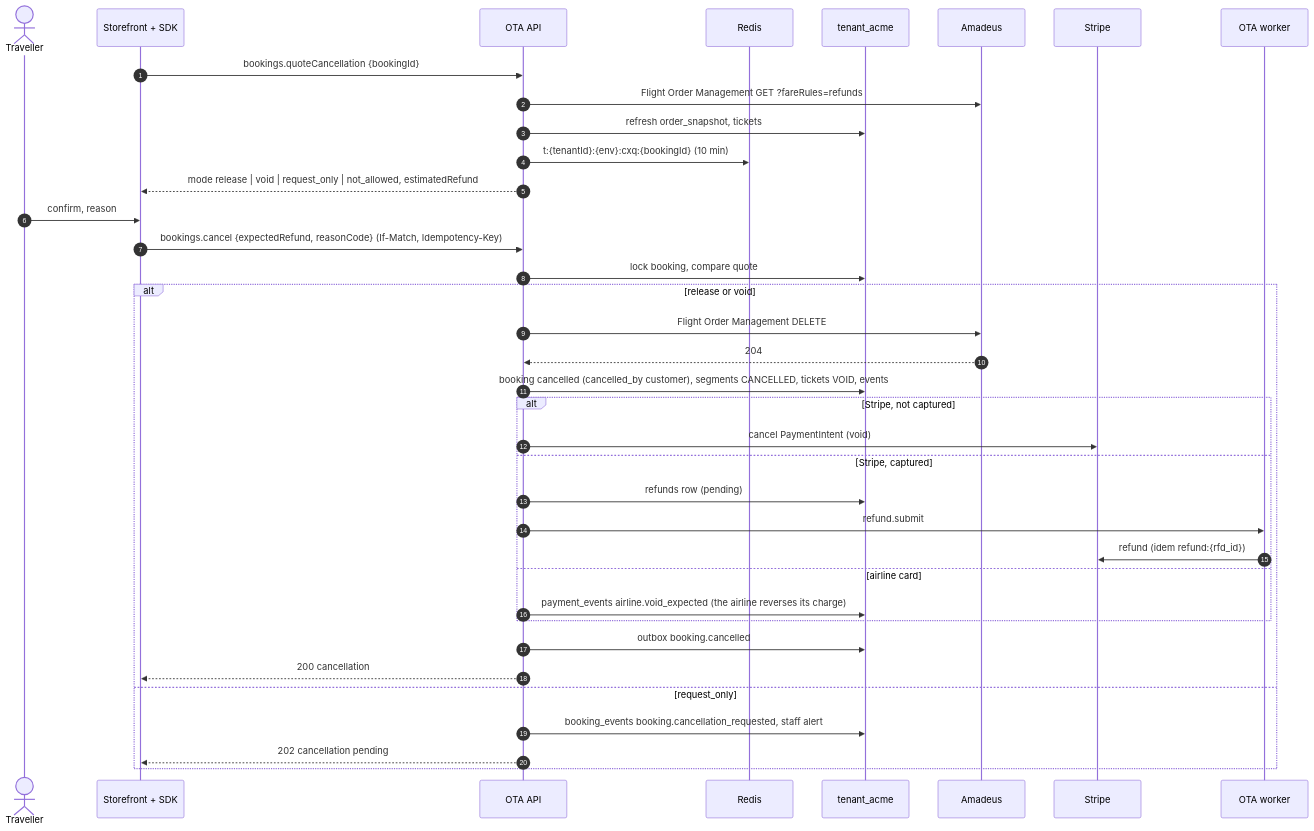
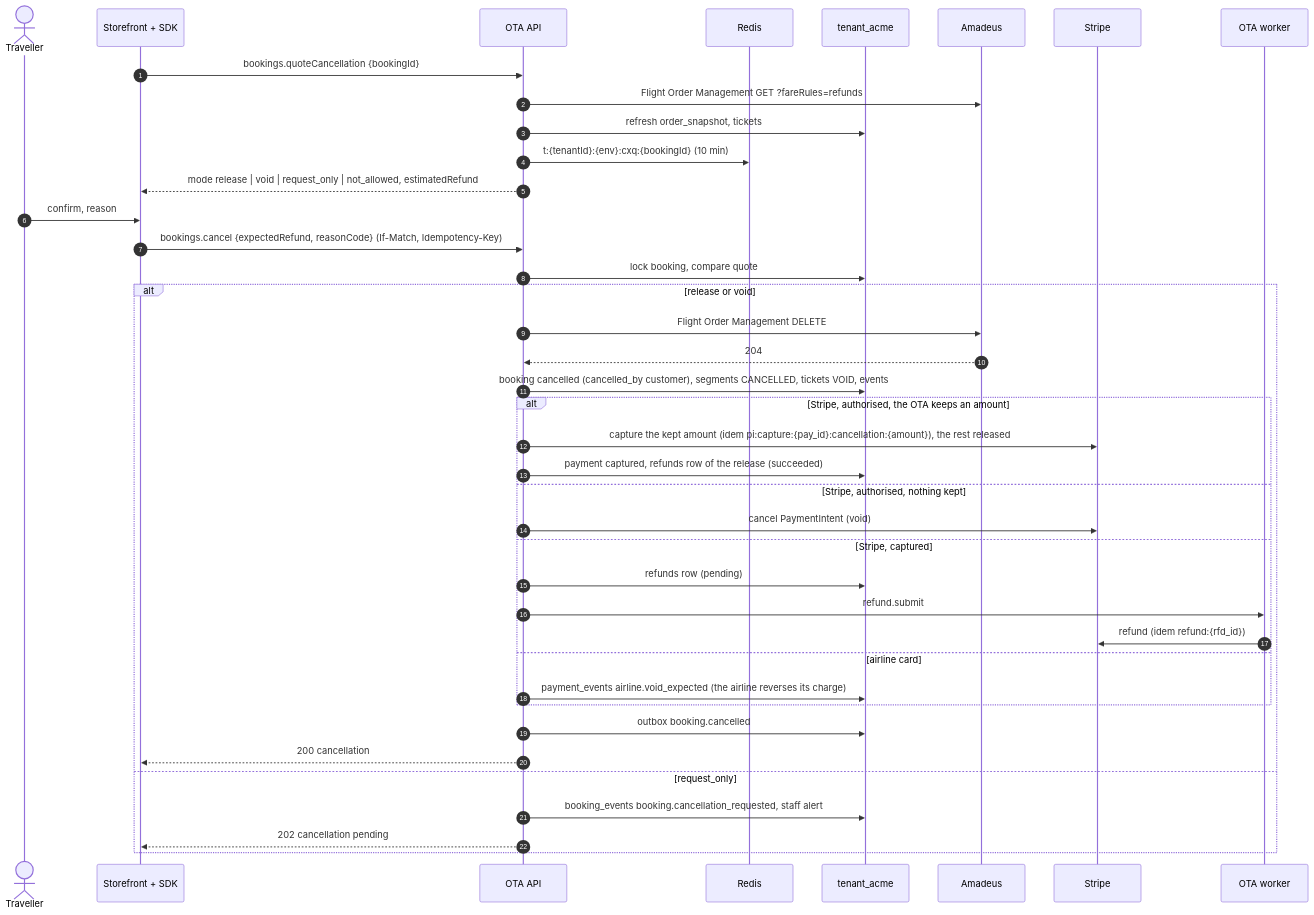
The second of 2 diagrams in ota/docs/flows/change-and-cancel.md (bhagwati-prasad/velexis-ota), drawn with Mermaid before and after one commit. The commit also changed other lines of this file and 52 other files, not shown here.

First line of the commit message:
fix(ota-backend): capture the kept amount on cancellation, keep non-refundable card fees, and show the cancellation in bookings.get [OBE-049, OBE-038, OBE-040]

````diff
--- a/ota/docs/flows/change-and-cancel.md
+++ b/ota/docs/flows/change-and-cancel.md
@@ -36,40 +36,43 @@
 ```mermaid
 sequenceDiagram
   autonumber
   actor T as Traveller
   participant B as Storefront + SDK
   participant O as OTA API
   participant R as Redis
   participant D as tenant_acme
   participant A as Amadeus
   participant S as Stripe
   participant W as OTA worker
 
   B->>O: bookings.quoteCancellation {bookingId}
   O->>A: Flight Order Management GET ?fareRules=refunds
   O->>D: refresh order_snapshot, tickets
   O->>R: t:{tenantId}:{env}:cxq:{bookingId} (10 min)
   O-->>B: mode release | void | request_only | not_allowed, estimatedRefund
   T->>B: confirm, reason
   B->>O: bookings.cancel {expectedRefund, reasonCode} (If-Match, Idempotency-Key)
   O->>D: lock booking, compare quote
   alt release or void
     O->>A: Flight Order Management DELETE
     A-->>O: 204
     O->>D: booking cancelled (cancelled_by customer), segments CANCELLED, tickets VOID, events
-    alt Stripe, not captured
+    alt Stripe, authorised, the OTA keeps an amount
+      O->>S: capture the kept amount (idem pi:capture:{pay_id}:cancellation:{amount}), the rest released
+      O->>D: payment captured, refunds row of the release (succeeded)
+    else Stripe, authorised, nothing kept
       O->>S: cancel PaymentIntent (void)
     else Stripe, captured
       O->>D: refunds row (pending)
       O->>W: refund.submit
       W->>S: refund (idem refund:{rfd_id})
     else airline card
       O->>D: payment_events airline.void_expected (the airline reverses its charge)
     end
     O->>D: outbox booking.cancelled
     O-->>B: 200 cancellation
   else request_only
     O->>D: booking_events booking.cancellation_requested, staff alert
     O-->>B: 202 cancellation pending
   end
 ```
````
